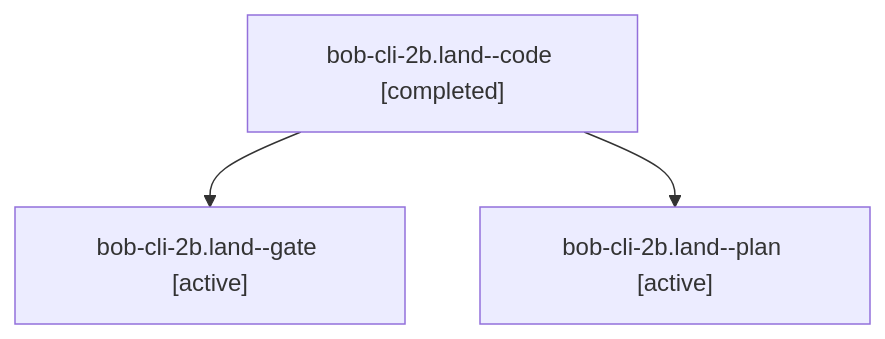
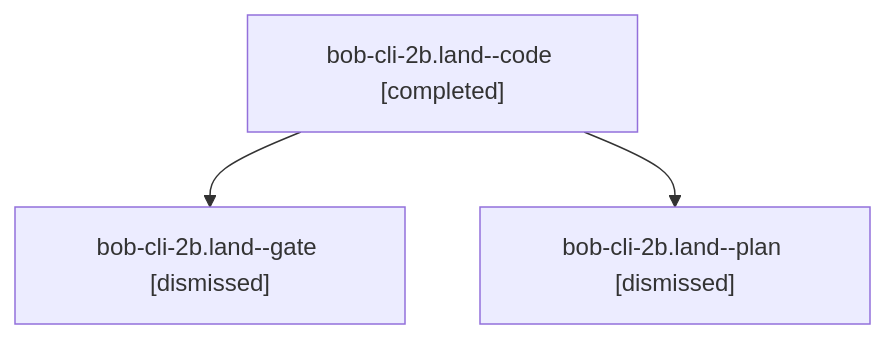
One commit to bobs-org/bob-cli--agents changed the diagram in sessions/bbugyi200.apollo.bob-cli-2b.land.md. Above: the diagram before and after it, drawn with Mermaid. The commit also changed other lines of this file and 83 other files, not shown here.

````diff
--- a/sessions/bbugyi200.apollo.bob-cli-2b.land.md
+++ b/sessions/bbugyi200.apollo.bob-cli-2b.land.md
@@ -9,8 +9,8 @@
 ```mermaid
 flowchart TD
   n0["bob-cli-2b.land--code [completed]"]
-  n1["bob-cli-2b.land--gate [active]"]
+  n1["bob-cli-2b.land--gate [dismissed]"]
   n0 --> n1
-  n2["bob-cli-2b.land--plan [active]"]
+  n2["bob-cli-2b.land--plan [dismissed]"]
   n0 --> n2
 ```
````
